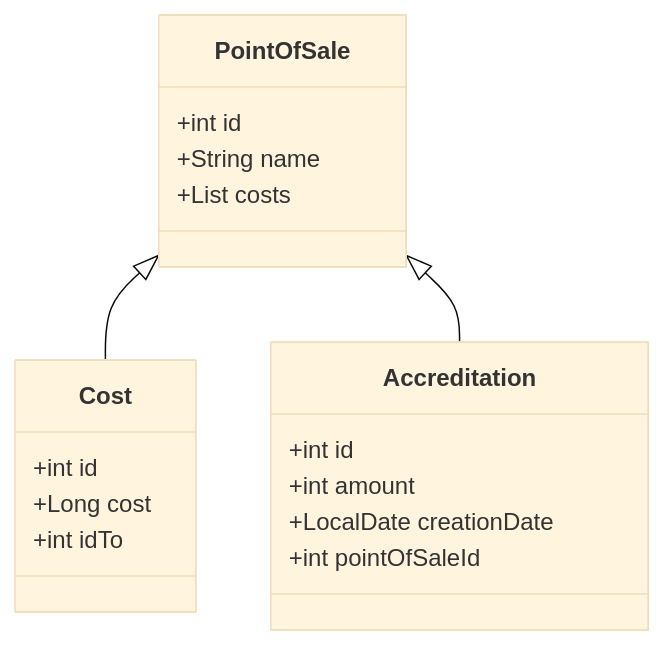
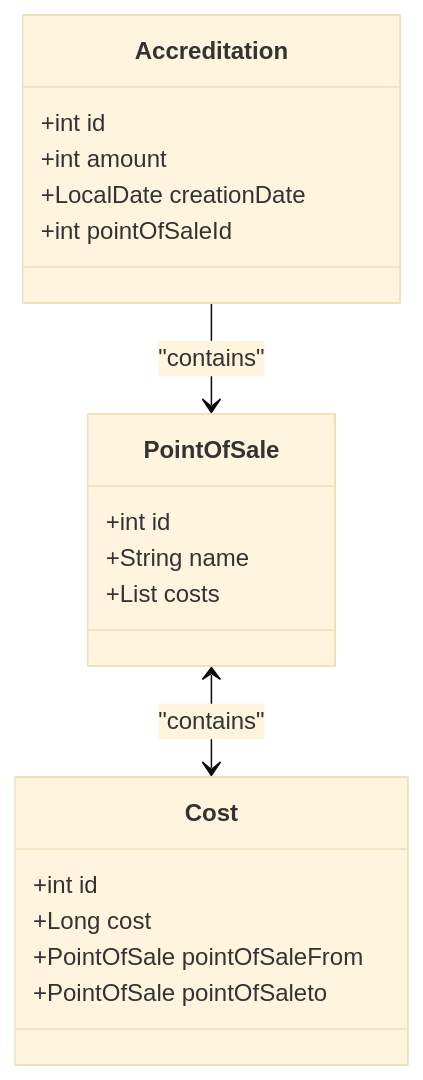
The diagram in README.md (Ramiro-Rodriguez-Acc/java-challenge), drawn with Mermaid (base theme) before and after one commit.

````diff
--- a/README.md
+++ b/README.md
@@ -3,22 +3,23 @@
 ```mermaid
 classDiagram
 class PointOfSale {
     +int id
     +String name
     +List<Cost> costs
     }
 class Cost {
     +int id
     +Long cost
-    +int idTo
+    +PointOfSale pointOfSaleFrom
+    +PointOfSale pointOfSaleto
     }
 class Accreditation {
     +int id
     +int amount
     +LocalDate creationDate
     +int pointOfSaleId
     }
 
-    PointOfSale <|-- Cost
-    PointOfSale <|-- Accreditation
+    PointOfSale <--> Cost : "contains"
+    Accreditation --> PointOfSale : "contains"
 ```
````
